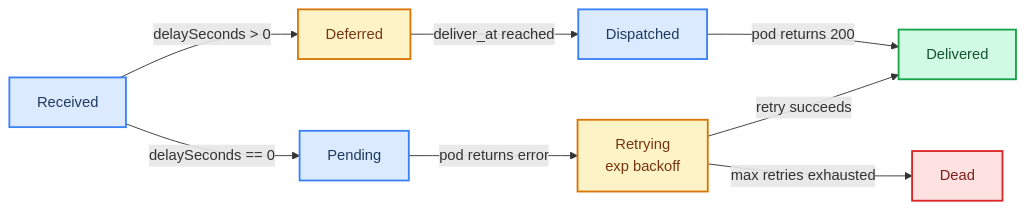
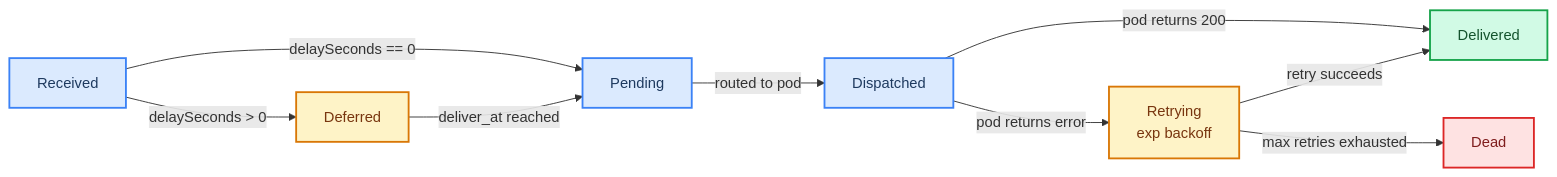
One commit to platformatic/platformatic-world changed the third of 5 diagrams in PLATFORMATIC-WORLD-DESIGN.md. Above: the diagram before and after it, drawn with Mermaid. The commit also changed other lines of this file, not shown here.

Commit message:
design upgrades

````diff
--- a/PLATFORMATIC-WORLD-DESIGN.md
+++ b/PLATFORMATIC-WORLD-DESIGN.md
@@ -599,19 +599,20 @@
 ```mermaid
 graph LR
     Received["Received"] -->|"delaySeconds > 0"| Deferred["Deferred"]
     Received -->|"delaySeconds == 0"| Pending["Pending"]
-    Deferred -->|"deliver_at reached"| Dispatched["Dispatched"]
-    Pending -->|"pod returns error"| Retrying["Retrying
+    Deferred -->|"deliver_at reached"| Pending
+    Pending -->|"routed to pod"| Dispatched["Dispatched"]
+    Dispatched -->|"pod returns 200"| Delivered["Delivered"]
+    Dispatched -->|"pod returns error"| Retrying["Retrying
     exp backoff"]
-    Dispatched -->|"pod returns 200"| Delivered["Delivered"]
     Retrying -->|"retry succeeds"| Delivered
     Retrying -->|"max retries exhausted"| Dead["Dead"]
 
     style Received fill:#dbeafe,stroke:#3b82f6,stroke-width:2px,color:#1e3a5f
     style Deferred fill:#fef3c7,stroke:#d97706,stroke-width:2px,color:#78350f
     style Pending fill:#dbeafe,stroke:#3b82f6,stroke-width:2px,color:#1e3a5f
     style Dispatched fill:#dbeafe,stroke:#3b82f6,stroke-width:2px,color:#1e3a5f
     style Delivered fill:#d1fae5,stroke:#16a34a,stroke-width:2px,color:#14532d
     style Retrying fill:#fef3c7,stroke:#d97706,stroke-width:2px,color:#78350f
     style Dead fill:#fee2e2,stroke:#dc2626,stroke-width:2px,color:#7f1d1d
 ```
````
